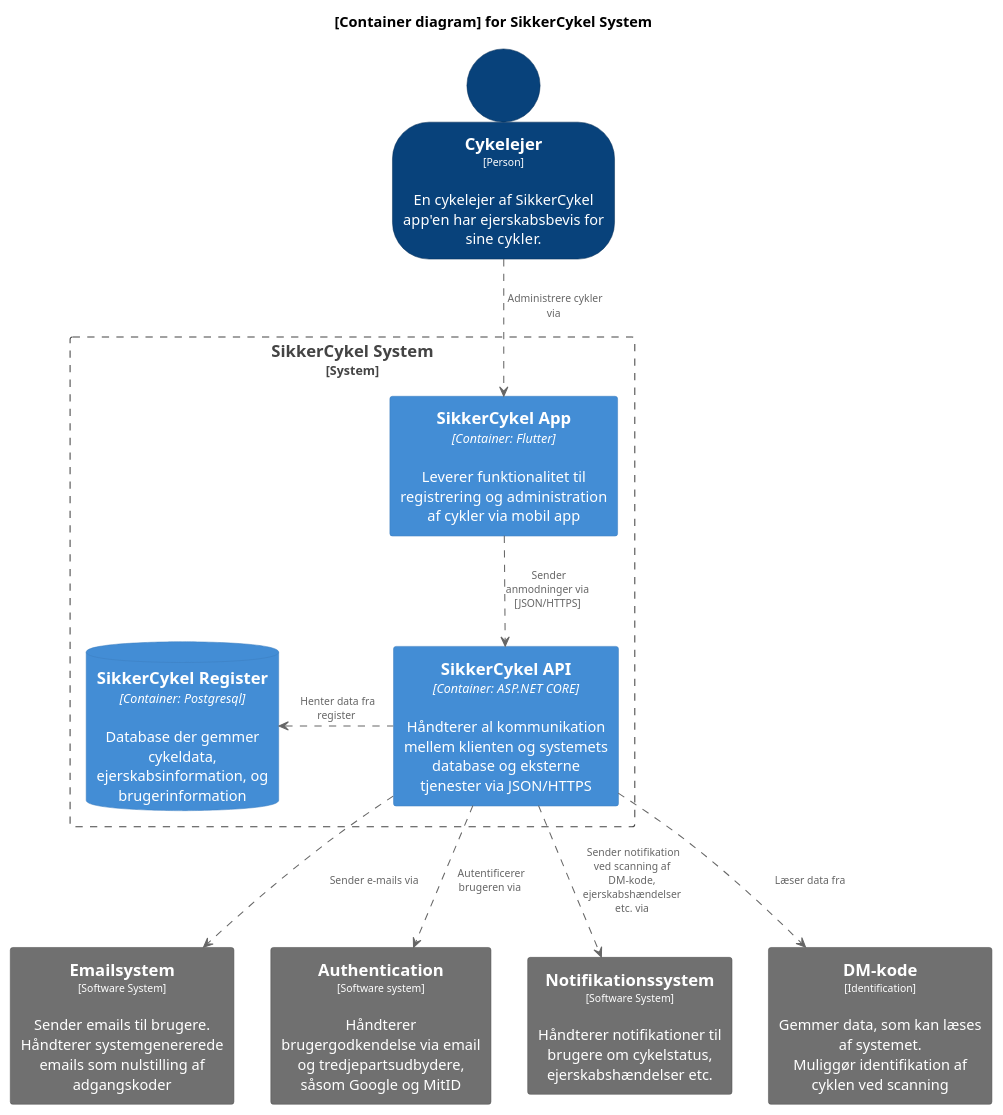
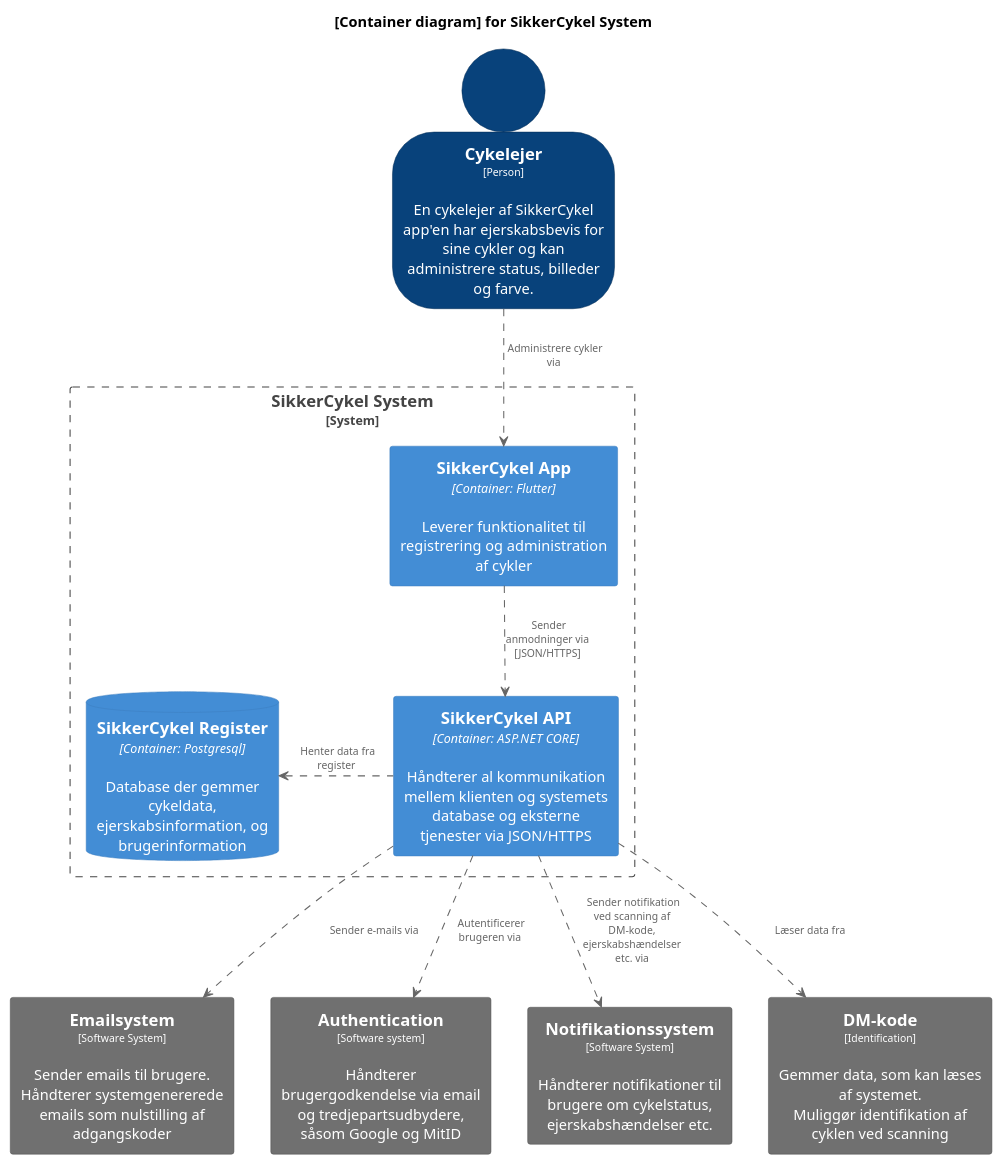
The diagram in out/PlantUML/c4niveau-niveau2.puml (Sejehugo/SikkerCykel), drawn with PlantUML before and after one commit. The commit also changed 2 other files, not shown here.

```diff
--- a/out/PlantUML/c4niveau-niveau2.puml
+++ b/out/PlantUML/c4niveau-niveau2.puml
@@ -1,94 +1,94 @@
 @startuml c4niveau-niveau2-bruger
 !include https://raw.githubusercontent.com/plantuml-stdlib/C4-PlantUML/master/C4_Container.puml
 
 title [Container diagram] for SikkerCykel System
 
 top to bottom direction
 
 skinparam {
   arrowFontSize 10
   defaultTextAlignment center
   wrapWidth 200
   maxMessageSize 100
 }
 
 hide stereotype
 
 skinparam person<<SystemAdminstrator>> {
   BackgroundColor #lightgrey
   FontColor #black
   BorderColor #052e56
   shadowing false
 }
 skinparam person<<AnonymousUser>> {
   BackgroundColor #08427b
   FontColor #ffffff
   BorderColor #052e56
   shadowing false
 }
 skinparam rectangle<<ExternalSystem>> {
   BackgroundColor #1168bd
   FontColor #ffffff
   BorderColor #0b4884
   shadowing false
 }
 skinparam rectangle<<SikkerCykelSystem>> {
   BackgroundColor #1168bd
   FontColor #ffffff
   BorderColor #0b4884
   shadowing false
 }
 skinparam person<<User>> {
   BackgroundColor #08427b
   FontColor #ffffff
   BorderColor #052e56
   shadowing false
 }
 skinparam person<<PoliceOfficer>> {
   BackgroundColor #08427b
   FontColor #ffffff
   BorderColor #052e56
   shadowing false
 }
 skinparam person<<BicycleImporter>> {
   BackgroundColor #08427b
   FontColor #ffffff
   BorderColor #052e56
   shadowing false
 }
 skinparam person<<BicycleDealer>> {
   BackgroundColor #08427b
   FontColor #ffffff
   BorderColor #052e56
   shadowing false
 }
 
 skinparam rectangle<<GrayBox>> {
   BackgroundColor #707070
   FontColor #ffffff
   BorderColor #505050
   shadowing false
 }
 
-person "==Cykelejer\n<size:10>[Person]</size>\n\nEn cykelejer af SikkerCykel app'en har ejerskabsbevis for sine cykler." <<User>> as Bruger
+person "==Cykelejer\n<size:10>[Person]</size>\n\nEn cykelejer af SikkerCykel app'en har ejerskabsbevis for sine cykler og kan administrere status, billeder og farve." <<User>> as Cykelejer
 
 System_Boundary(c1, "SikkerCykel System") {
-    Container(app, "SikkerCykel App", "Container: Flutter", "Leverer funktionalitet til registrering og administration af cykler via mobil app")
+    Container(app, "SikkerCykel App", "Container: Flutter", "Leverer funktionalitet til registrering og administration af cykler")
     Container(api, "SikkerCykel API", "Container: ASP.NET CORE", "Håndterer al kommunikation mellem klienten og systemets database og eksterne tjenester via JSON/HTTPS")
     ContainerDb(database, "SikkerCykel Register", "Container: Postgresql", "Database der gemmer cykeldata, ejerskabsinformation, og brugerinformation")
 }
 
 rectangle "==Emailsystem\n<size:10>[Software System]</size>\n\nSender emails til brugere.\nHåndterer systemgenererede emails som nulstilling af adgangskoder" <<GrayBox>> as Email
 rectangle "==Authentication\n<size:10>[Software system]</size>\n\nHåndterer brugergodkendelse via email og tredjepartsudbydere, såsom Google og MitID" <<GrayBox>> as Authentication
 rectangle "==Notifikationssystem\n<size:10>[Software System]</size>\n\nHåndterer notifikationer til brugere om cykelstatus, ejerskabshændelser etc." <<GrayBox>> as Notifikation
 rectangle "==DM-kode\n<size:10>[Identification]</size>\n\nGemmer data, som kan læses af systemet.\nMuliggør identifikation af cyklen ved scanning" <<GrayBox>> as DMKodeIngraveretICykel
 
-Bruger ..> app: " Administrere cykler via"
+Cykelejer ..> app: " Administrere cykler via"
 app ..> api: " Sender anmodninger via\n[JSON/HTTPS]"
 api ..> Notifikation: " Sender notifikation ved scanning af DM-kode, ejerskabshændelser etc. via"
 api ..> Authentication: " Autentificerer brugeren via"
 api .left.> database: " Henter data fra register"
 api ..> DMKodeIngraveretICykel: " Læser data fra"
 api ..> Email: " Sender e-mails via"
 
 @enduml
```
